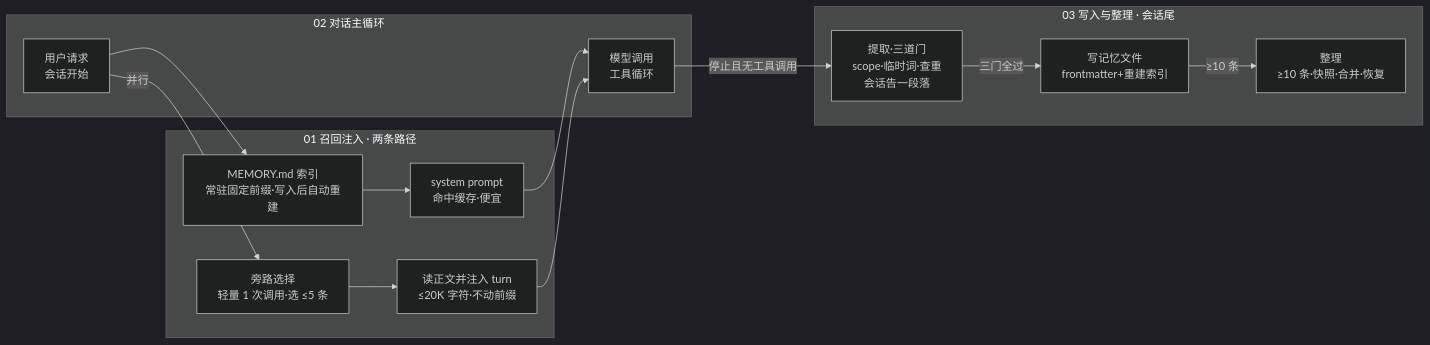
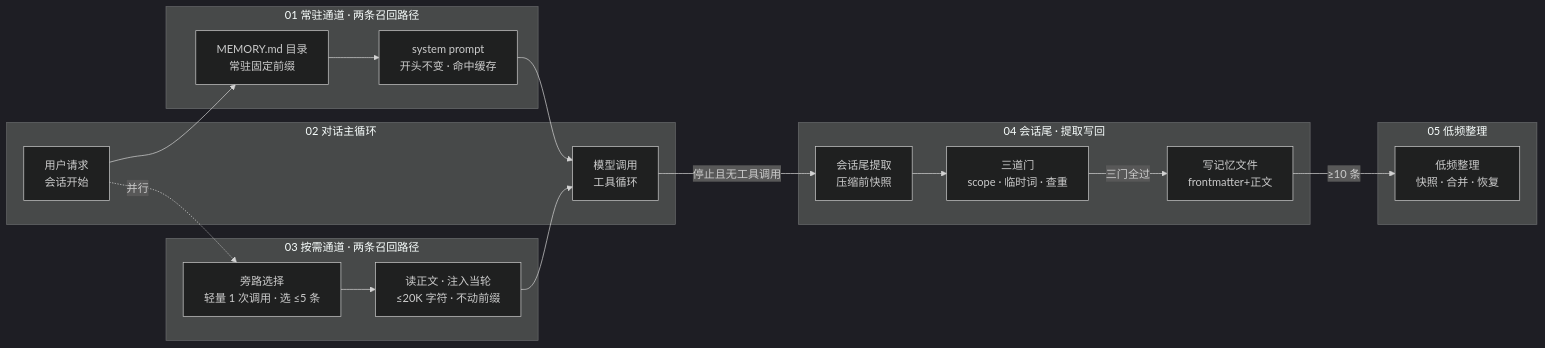
Before and after one commit to ThreeFish-AI/negentropy: the diagram in docs/assets/mermaid/agent-harness/learn-claude-code-memory--recall-loop.mmd, drawn with Mermaid (dark theme). The commit also changed 7 other files, not shown here.

First line of the commit message:
docs(influence-memory): 评审修复文档层 9 项——173 双处死链改指 gl-notes+换钉注/176 与冻结快照 §9.3→§9.2·137 机器浮动注记·断言数 35/两图 mmd 回写 HTML 文案同构（recall-loop 三→五泳道·compact 节点补齐）/pipeline 13.15 与 [tts] 终声口径/storyboard 4-B 括注对齐镜切分;

```diff
--- a/docs/assets/mermaid/agent-harness/learn-claude-code-memory--recall-loop.mmd
+++ b/docs/assets/mermaid/agent-harness/learn-claude-code-memory--recall-loop.mmd
@@ -1,29 +1,36 @@
 %% source: docs/research/agent-harness/176-learn-claude-code-memory.md §4.2
 %% slug: learn-claude-code-memory--recall-loop
 %% type: workflow
 %% derived: docs/assets/architecture/agent-harness/learn-claude-code-memory--recall-loop.html
+%% 回写对齐: 泳道标题/节点/边标签与 HTML 交付物逐字对齐（2026-10-03 回写；五泳道、「会话尾提取+三道门」拆两节点，文案以 HTML 为准）
 flowchart LR
-    subgraph A["01 召回注入 · 两条路径"]
-        IDX["MEMORY.md 索引<br/>常驻固定前缀·写入后自动重建"]
-        SYS["system prompt<br/>命中缓存·便宜"]
-        SEL["旁路选择<br/>轻量 1 次调用·选 ≤5 条"]
-        LOAD["读正文并注入 turn<br/>≤20K 字符·不动前缀"]
+    subgraph A["01 常驻通道 · 两条召回路径"]
+        IDX["MEMORY.md 目录<br/>常驻固定前缀"]
+        SYS["system prompt<br/>开头不变 · 命中缓存"]
         IDX --> SYS
-        SEL --> LOAD
     end
     subgraph B["02 对话主循环"]
         REQ["用户请求<br/>会话开始"]
         LLM["模型调用<br/>工具循环"]
     end
-    subgraph C["03 写入与整理 · 会话尾"]
-        EXT["提取·三道门<br/>scope·临时词·查重<br/>会话告一段落"]
-        W["写记忆文件<br/>frontmatter+重建索引"]
-        CONS["整理<br/>≥10 条·快照·合并·恢复"]
-        EXT -- "三门全过" --> W
-        W -- "≥10 条" --> CONS
+    subgraph C["03 按需通道 · 两条召回路径"]
+        SEL["旁路选择<br/>轻量 1 次调用 · 选 ≤5 条"]
+        LOAD["读正文 · 注入当轮<br/>≤20K 字符 · 不动前缀"]
+        SEL --> LOAD
+    end
+    subgraph D["04 会话尾 · 提取写回"]
+        EXT["会话尾提取<br/>压缩前快照"]
+        GATES["三道门<br/>scope · 临时词 · 查重"]
+        W["写记忆文件<br/>frontmatter+正文"]
+        EXT --> GATES
+        GATES -- "三门全过" --> W
+    end
+    subgraph E["05 低频整理"]
+        CONS["低频整理<br/>快照 · 合并 · 恢复"]
     end
     REQ --> IDX
-    REQ -- "并行" --> SEL
+    REQ -. "并行" .-> SEL
     SYS --> LLM
     LOAD --> LLM
     LLM -- "停止且无工具调用" --> EXT
+    W -- "≥10 条" --> CONS
```
